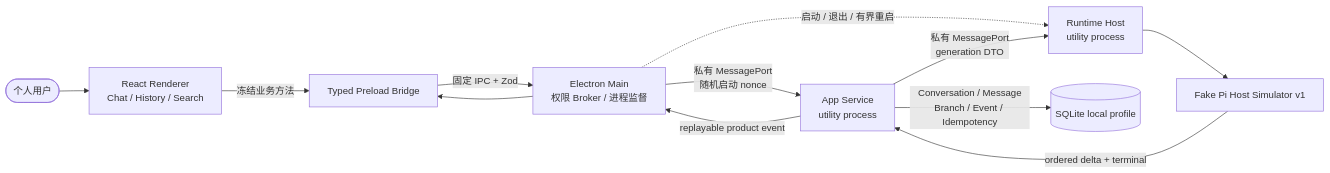
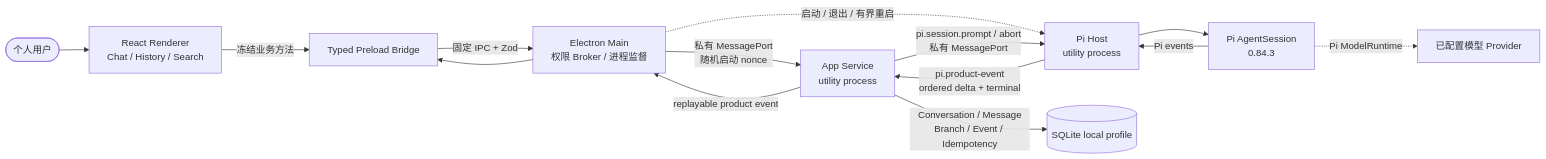
Before and after one commit to openerserver/openerx: the second of 4 diagrams in docs/v2/14-overall-architecture.md, drawn with Mermaid. The commit also changed other lines of this file and 81 other files, not shown here.

````diff
--- a/docs/v2/14-overall-architecture.md
+++ b/docs/v2/14-overall-architecture.md
@@ -120,14 +120,16 @@
 ```mermaid
 flowchart LR
   USER([个人用户]) --> RENDERER[React Renderer<br/>Chat / History / Search]
   RENDERER -->|冻结业务方法| PRELOAD[Typed Preload Bridge]
   PRELOAD -->|固定 IPC + Zod| MAIN[Electron Main<br/>权限 Broker / 进程监督]
   MAIN -->|私有 MessagePort<br/>随机启动 nonce| APP[App Service<br/>utility process]
-  MAIN -.->|启动 / 退出 / 有界重启| RUNTIME[Runtime Host<br/>utility process]
+  MAIN -.->|启动 / 退出 / 有界重启| PI_HOST[Pi Host<br/>utility process]
   APP -->|Conversation / Message<br/>Branch / Event / Idempotency| SQLITE[(SQLite local profile)]
-  APP -->|私有 MessagePort<br/>generation DTO| RUNTIME
-  RUNTIME --> ADAPTER[Fake Pi Host Simulator v1]
-  ADAPTER -->|ordered delta + terminal| APP
+  APP -->|pi.session.prompt / abort<br/>私有 MessagePort| PI_HOST
+  PI_HOST --> SESSION[Pi AgentSession<br/>0.84.3]
+  SESSION -.->|Pi ModelRuntime| MODEL[已配置模型 Provider]
+  SESSION -->|Pi events| PI_HOST
+  PI_HOST -->|pi.product-event<br/>ordered delta + terminal| APP
   APP -->|replayable product event| MAIN
   MAIN --> PRELOAD
 ```
````
